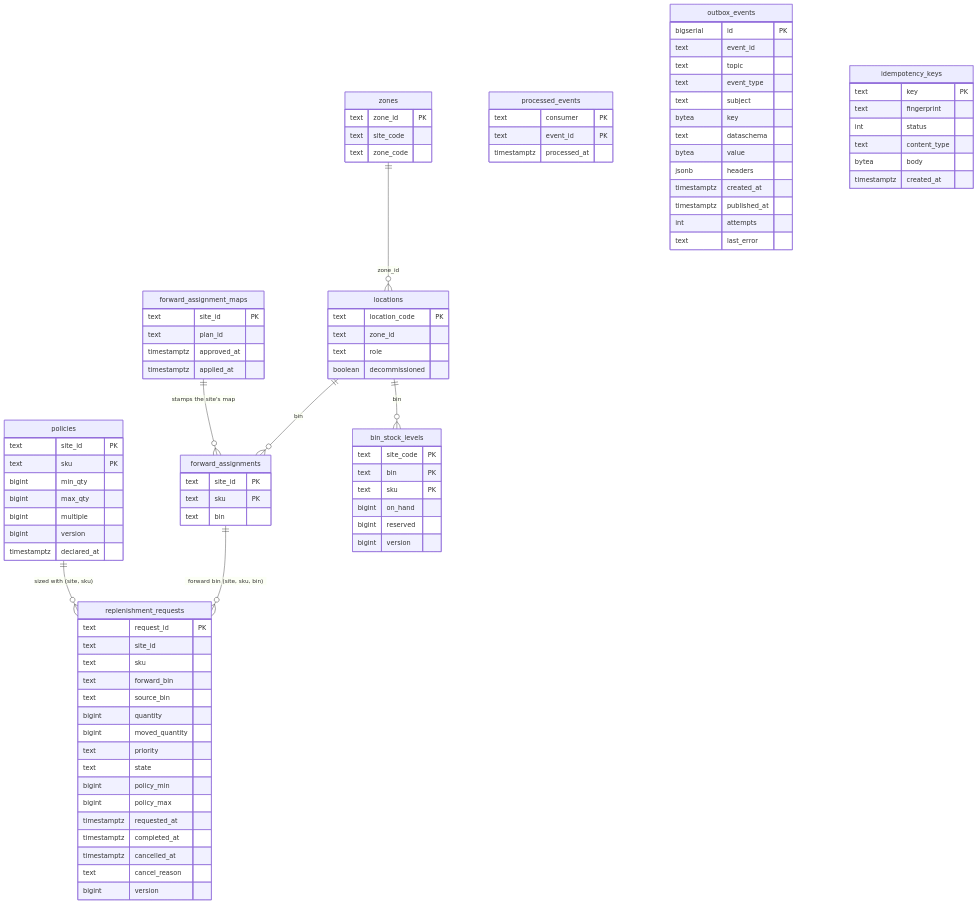
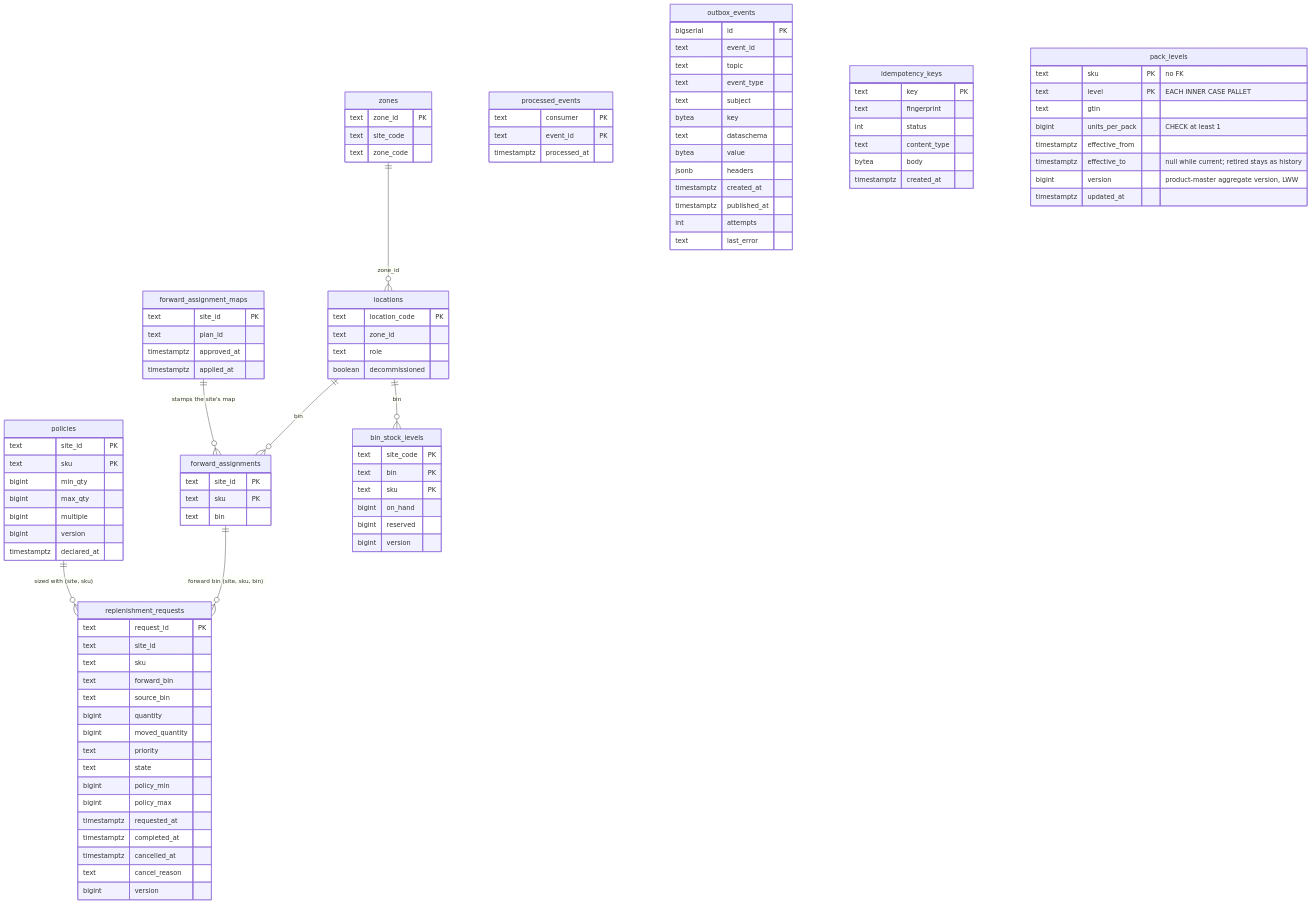
One commit to IQVO/warehouse-docs changed the first of 2 diagrams in docs/contexts/pick-face-replenishment/entity-relationship.md. Above: the diagram before and after it, drawn with Mermaid. The commit also changed other lines of this file and 45 other files, not shown here.

Commit message:
docs: final ecosystem re-sync 2026-10-28 - consumed-channel specs (6 repos), ER pages (11 repos), INV canvas, returns-processing full pack (override removed), storefront pricing dataschema + customer-payments spec

````diff
--- a/docs/contexts/pick-face-replenishment/entity-relationship.md
+++ b/docs/contexts/pick-face-replenishment/entity-relationship.md
@@ -108,4 +110,14 @@
     locations ||--o{ bin_stock_levels : "bin"
     locations ||--o{ forward_assignments : "bin"
     zones ||--o{ locations : "zone_id"
+    pack_levels {
+        text sku PK "no FK"
+        text level PK "EACH INNER CASE PALLET"
+        text gtin
+        bigint units_per_pack "CHECK at least 1"
+        timestamptz effective_from
+        timestamptz effective_to "null while current; retired stays as history"
+        bigint version "product-master aggregate version, LWW"
+        timestamptz updated_at
+    }
 ```
````
